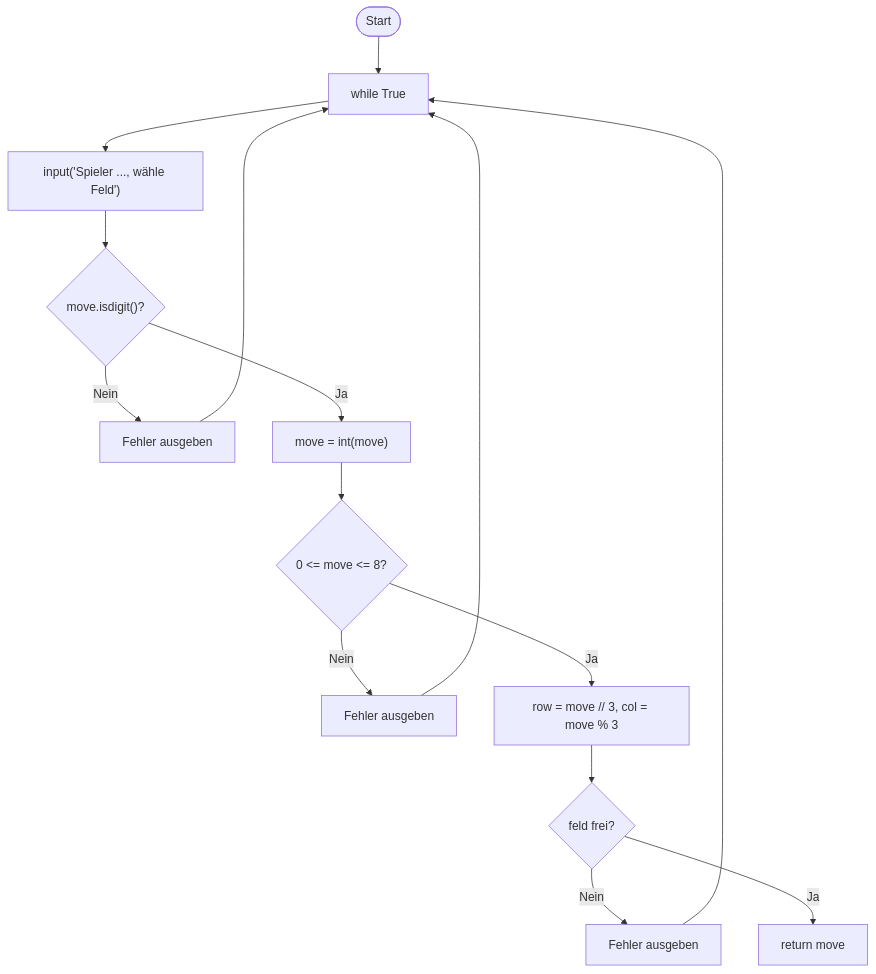
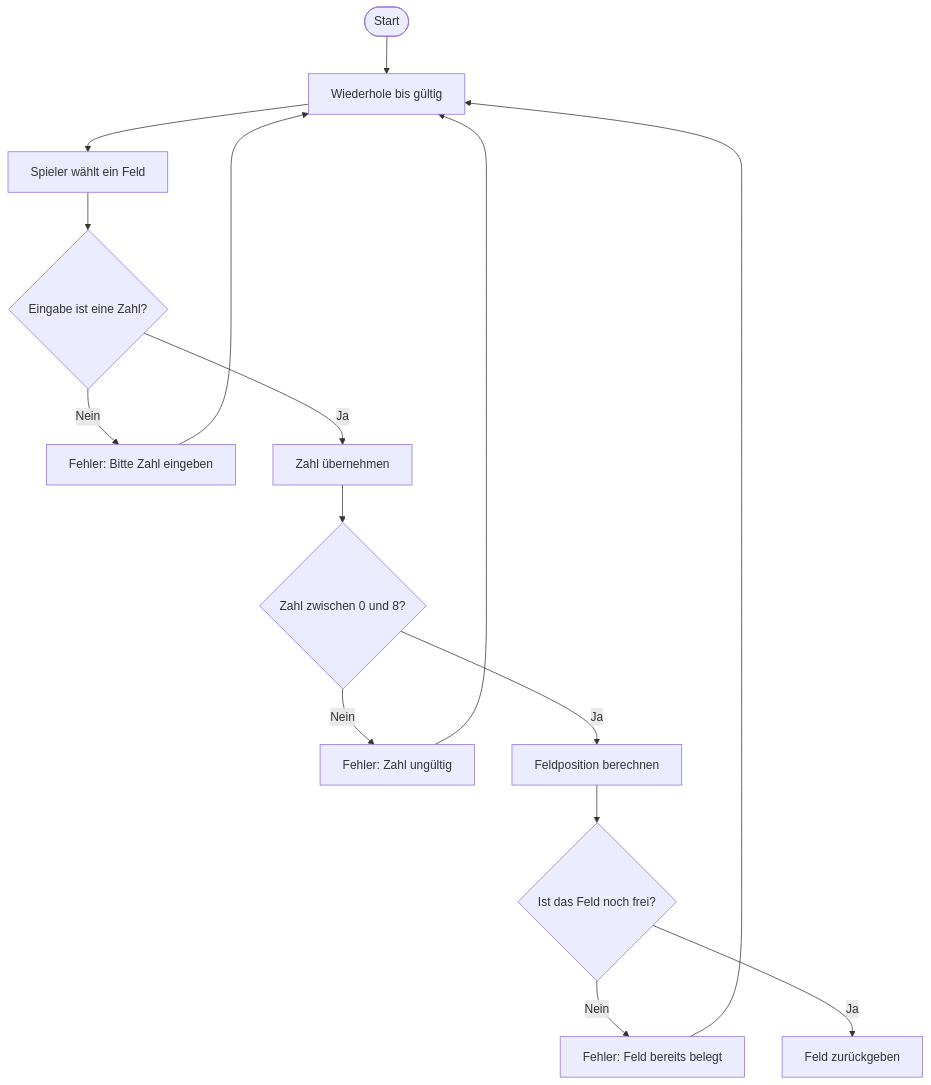
One commit to Finn965/Informatik-1-Softwareprojekt changed the third of 13 diagrams in flowchart.md. Above: the diagram before and after it, drawn with Mermaid. The commit also changed other lines of this file, not shown here.

````diff
--- a/flowchart.md
+++ b/flowchart.md
@@ -67,22 +67,22 @@
 ```mermaid
 flowchart TD
     Start([Start])
-    Start --> Loop["while True"]
-    Loop --> Prompt["input('Spieler ..., wähle Feld')"]
+    Start --> Loop["Wiederhole bis gültig"]
+    Loop --> Prompt["Spieler wählt ein Feld"]
 
-    Prompt --> IsDigit{"move.isdigit()?"}
-    IsDigit -- Nein --> ErrNotDigit["Fehler ausgeben"]
+    Prompt --> IsDigit{"Eingabe ist eine Zahl?"}
+    IsDigit -- Nein --> ErrNotDigit["Fehler: Bitte Zahl eingeben"]
     ErrNotDigit --> Loop
 
-    IsDigit -- Ja --> ToInt["move = int(move)"]
-    ToInt --> InRange{0 <= move <= 8?}
-    InRange -- Nein --> ErrRange["Fehler ausgeben"]
+    IsDigit -- Ja --> ToInt["Zahl übernehmen"]
+    ToInt --> InRange{"Zahl zwischen 0 und 8?"}
+    InRange -- Nein --> ErrRange["Fehler: Zahl ungültig"]
     ErrRange --> Loop
 
-    InRange -- Ja --> CalcRC["row = move // 3, col = move % 3"]
-    CalcRC --> FreeCheck{feld frei?}
-    FreeCheck -- Nein --> ErrTaken["Fehler ausgeben"]
+    InRange -- Ja --> CalcRC["Feldposition berechnen"]
+    CalcRC --> FreeCheck{"Ist das Feld noch frei?"}
+    FreeCheck -- Nein --> ErrTaken["Fehler: Feld bereits belegt"]
     ErrTaken --> Loop
 
-    FreeCheck -- Ja --> Return["return move"]
+    FreeCheck -- Ja --> Return["Feld zurückgeben"]
 ```
````
